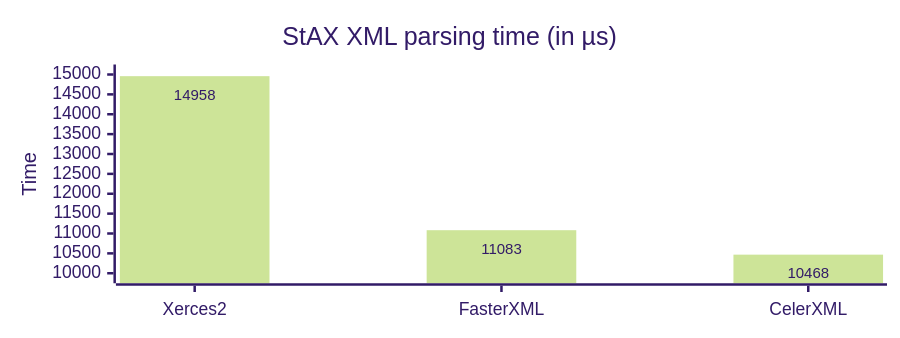
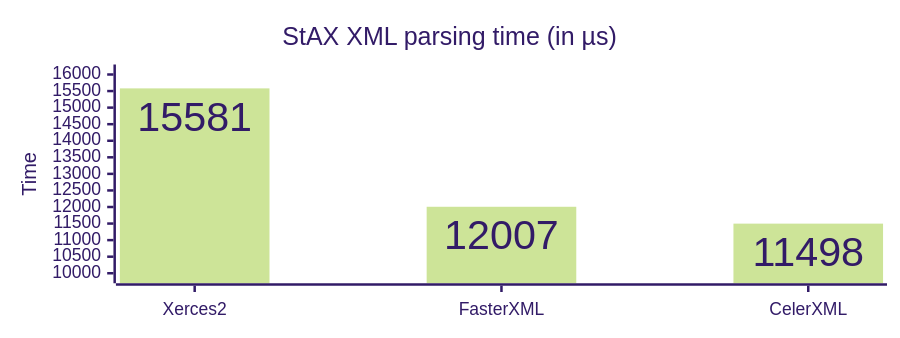
Before and after one commit to celersms/celerxml: the first of 3 diagrams in benchmark/README.md, drawn with Mermaid (forest theme). The commit also changed other lines of this file, not shown here.

````diff
--- a/benchmark/README.md
+++ b/benchmark/README.md
@@ -50,13 +50,13 @@
 ```mermaid
 ---
 config:
   xyChart:
     height: 250
     showDataLabel: true
 ---
 xychart
     title "StAX XML parsing time (in µs)"
     x-axis [Xerces2, FasterXML, CelerXML]
-    y-axis Time 10000 --> 15000
-    bar [14958, 11083, 10468]
+    y-axis Time 10000 --> 16000
+    bar [15581, 12007, 11498]
 ```
````
